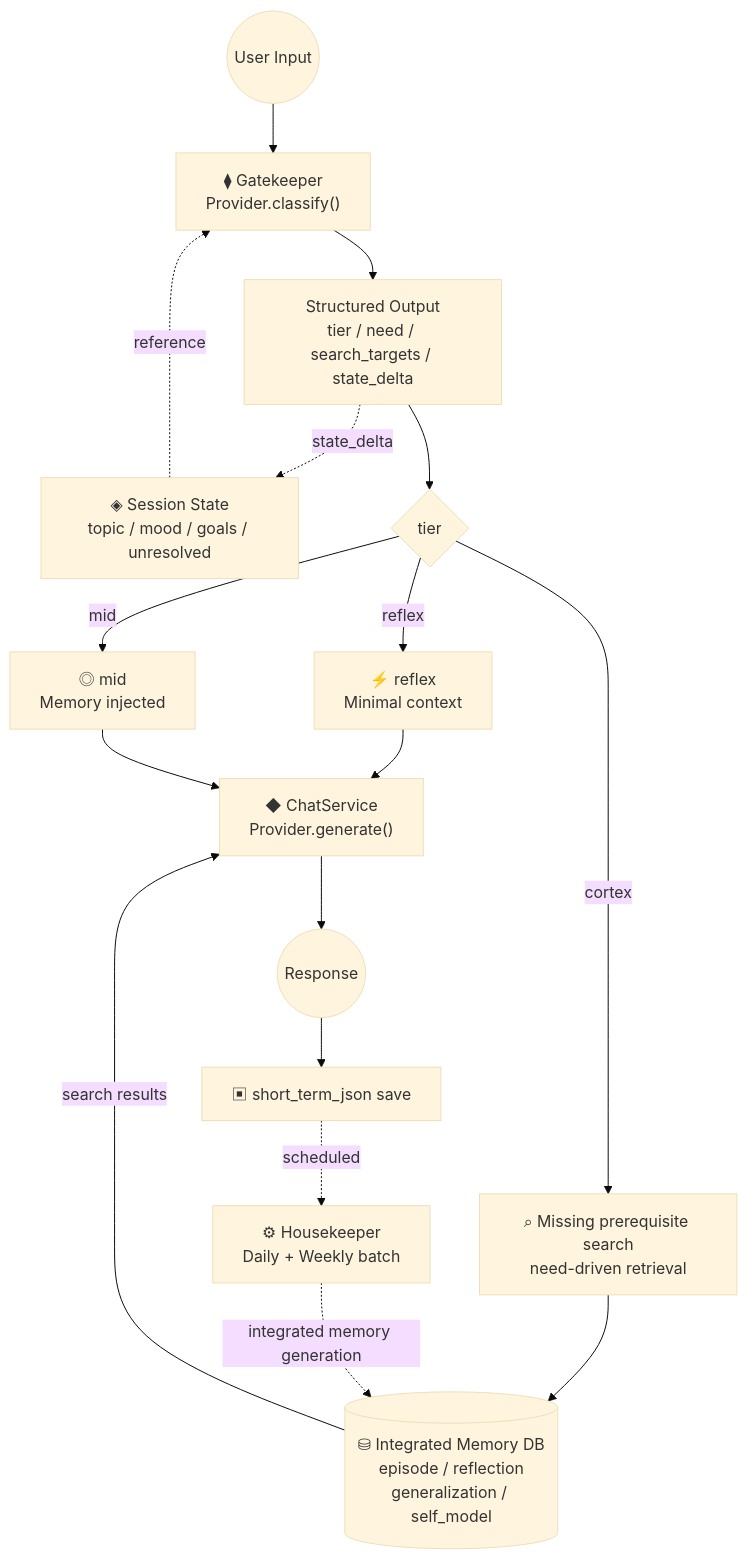
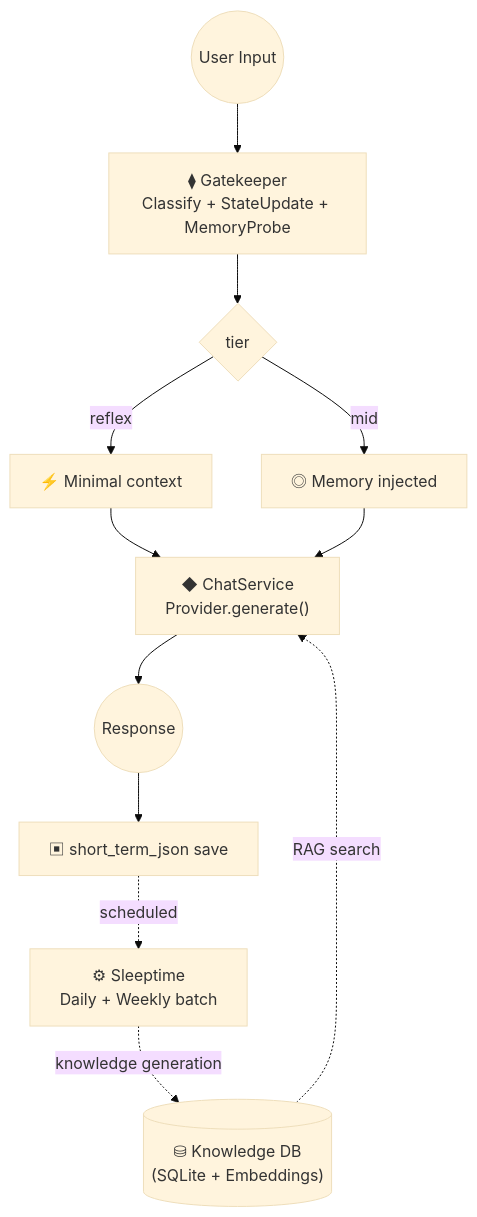
Before and after one commit to unagisann/Butly: the diagram in README.md, drawn with Mermaid (base theme). The commit also changed other lines of this file and 30 other files, not shown here.

````diff
--- a/README.md
+++ b/README.md
@@ -166,19 +184,14 @@
 ```mermaid
 flowchart TD
-    A((User Input)) --> B["⧫ Gatekeeper<br/>Provider.classify()"]
-    B --> C["Structured Output<br/>tier / need / search_targets / state_delta"]
-    C -.->|state_delta| D["◈ Session State<br/>topic / mood / goals / unresolved"]
-    D -.->|reference| B
-    C --> E{tier}
-    E -->|reflex| F["⚡ reflex<br/>Minimal context"]
-    E -->|mid| G["◎ mid<br/>Memory injected"]
-    E -->|cortex| H["⌕ Missing prerequisite search<br/>need-driven retrieval"]
-    H --> I[("⛁ Integrated Memory DB<br/>episode / reflection<br/>generalization / self_model")]
-    F --> J["◆ ChatService<br/>Provider.generate()"]
-    G --> J
-    I -->|search results| J
-    J --> K((Response))
-    K --> L["▣ short_term_json save"]
-    L -.->|scheduled| M["⚙ Housekeeper<br/>Daily + Weekly batch"]
-    M -.->|integrated memory generation| I
+    A((User Input)) --> B["⧫ Gatekeeper<br/>Classify + StateUpdate + MemoryProbe"]
+    B --> C{tier}
+    C -->|reflex| D["⚡ Minimal context"]
+    C -->|mid| E["◎ Memory injected"]
+    D --> F["◆ ChatService<br/>Provider.generate()"]
+    E --> F
+    F --> G((Response))
+    G --> H["▣ short_term_json save"]
+    H -.->|scheduled| I["⚙ Sleeptime<br/>Daily + Weekly batch"]
+    I -.->|knowledge generation| J[("⛁ Knowledge DB<br/>(SQLite + Embeddings)")]
+    J -.->|RAG search| F
 ```
````
